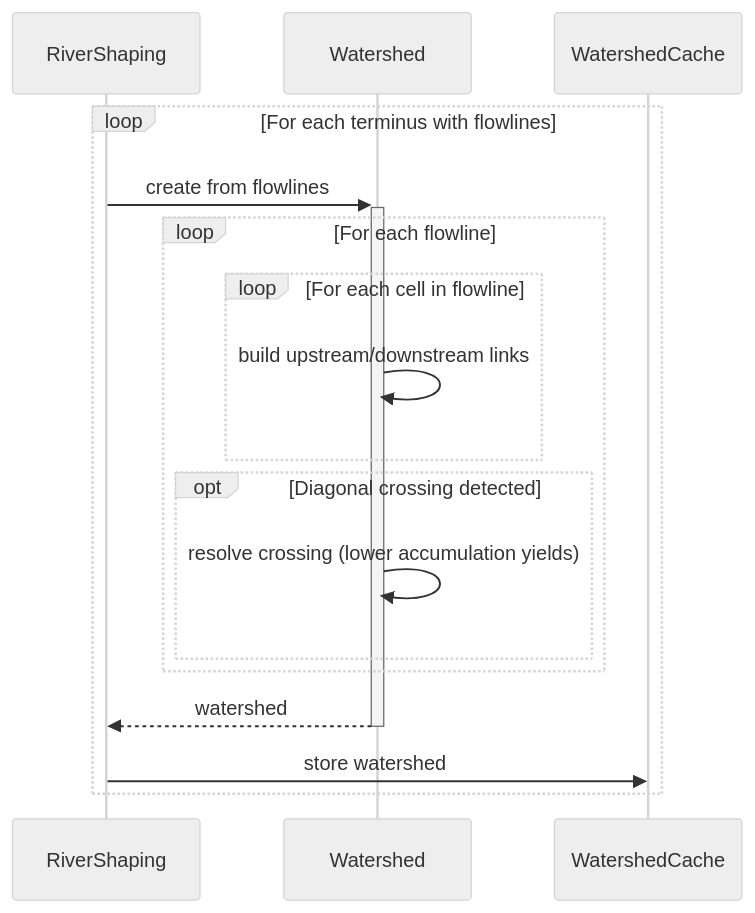
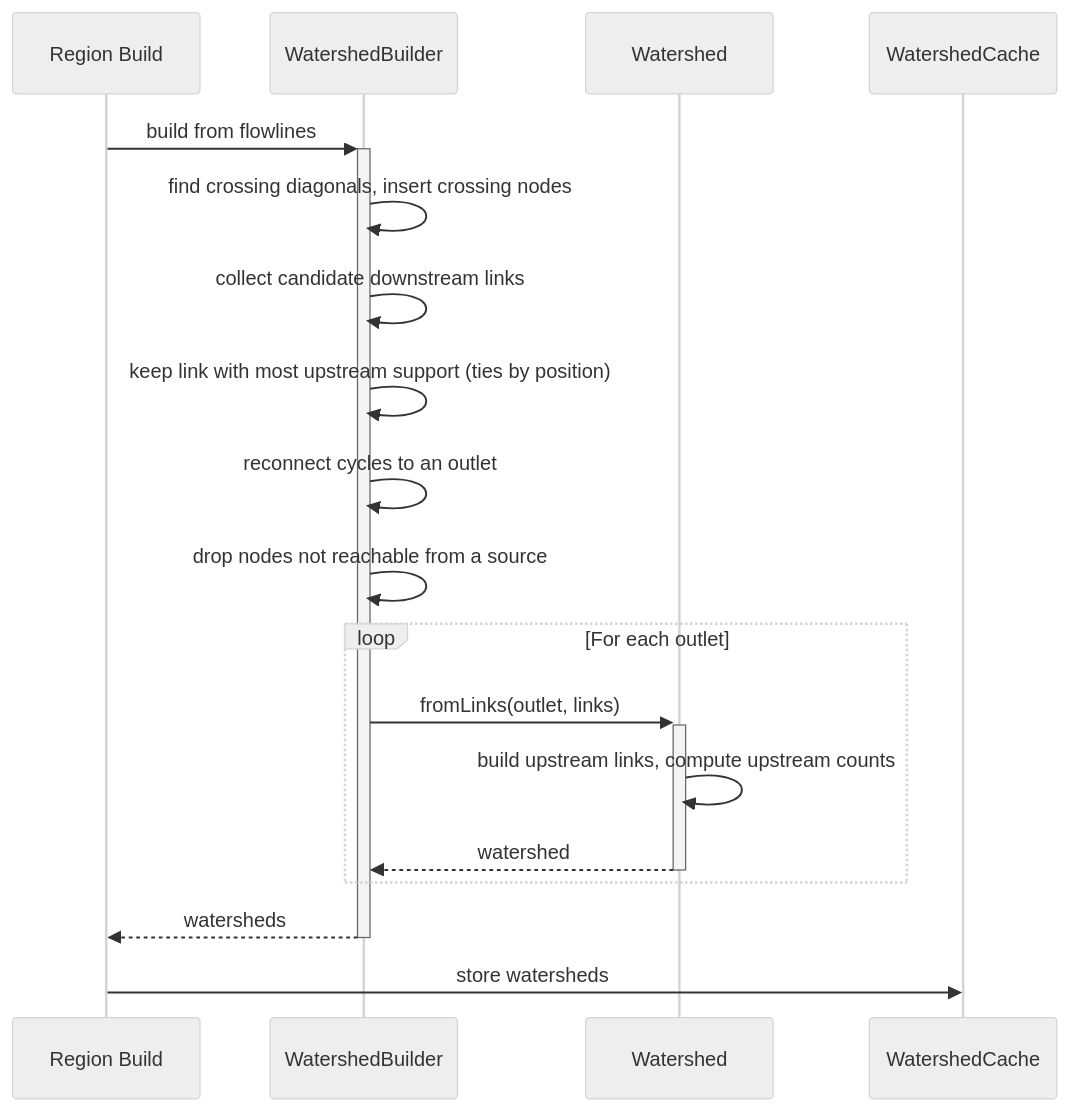
Diagram 14 of 22 in docs/features/rivers/Rough Diagrams.md (SoSly/RiverTale), drawn with Mermaid (neutral theme) before and after one commit. The commit also changed other lines of this file and 33 other files, not shown here.

Commit message:
docs: replace stale feature docs with an accurate rough diagrams map

````diff
--- a/docs/features/rivers/Rough Diagrams.md
+++ b/docs/features/rivers/Rough Diagrams.md
@@ -325,24 +448,25 @@
 ```mermaid
 sequenceDiagram
-    participant RiverShaping
+    participant Build as Region Build
+    participant WatershedBuilder
     participant Watershed
     participant WatershedCache
 
-    loop For each terminus with flowlines
-        RiverShaping ->>+ Watershed: create from flowlines
+    Build ->>+ WatershedBuilder: build from flowlines
 
-        loop For each flowline
-            loop For each cell in flowline
-                Watershed ->> Watershed: build upstream/downstream links
-            end
+    WatershedBuilder ->> WatershedBuilder: find crossing diagonals, insert crossing nodes
+    WatershedBuilder ->> WatershedBuilder: collect candidate downstream links
+    WatershedBuilder ->> WatershedBuilder: keep link with most upstream support (ties by position)
+    WatershedBuilder ->> WatershedBuilder: reconnect cycles to an outlet
+    WatershedBuilder ->> WatershedBuilder: drop nodes not reachable from a source
 
-            opt Diagonal crossing detected
-                Watershed ->> Watershed: resolve crossing (lower accumulation yields)
-            end
-        end
+    loop For each outlet
+        WatershedBuilder ->>+ Watershed: fromLinks(outlet, links)
+        Watershed ->> Watershed: build upstream links, compute upstream counts
+        Watershed -->>- WatershedBuilder: watershed
+    end
 
-        Watershed -->>- RiverShaping: watershed
+    WatershedBuilder -->>- Build: watersheds
 
-        RiverShaping ->> WatershedCache: store watershed
-    end
+    Build ->> WatershedCache: store watersheds
 ```
````
